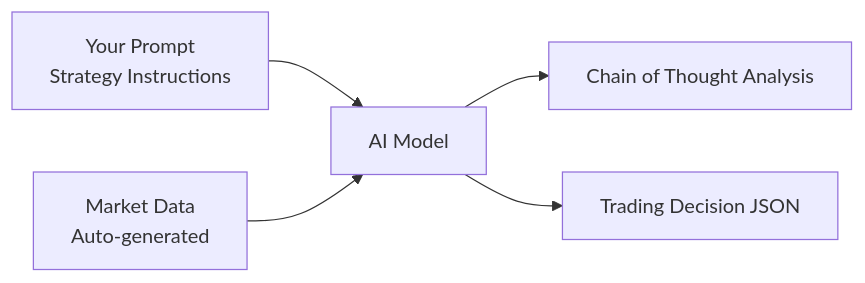
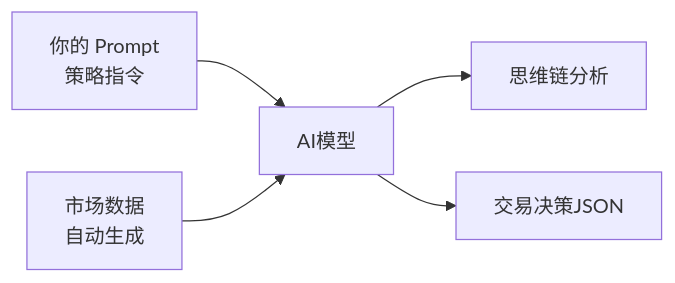
The diagram in docs/prompt-guide.md (xbcvv/nofx-0210), drawn with Mermaid before and after one commit. The commit also changed other lines of this file and 83 other files, not shown here.

````diff
--- a/docs/prompt-guide.md
+++ b/docs/prompt-guide.md
@@ -101,7 +101,7 @@
 ```mermaid
 graph LR
-    A[Your Prompt<br/>Strategy Instructions] --> B[AI Model]
-    C[Market Data<br/>Auto-generated] --> B
-    B --> D[Chain of Thought Analysis]
-    B --> E[Trading Decision JSON]
+    A[你的 Prompt<br/>策略指令] --> B[AI模型]
+    C[市场数据<br/>自动生成] --> B
+    B --> D[思维链分析]
+    B --> E[交易决策JSON]
 ```
````
